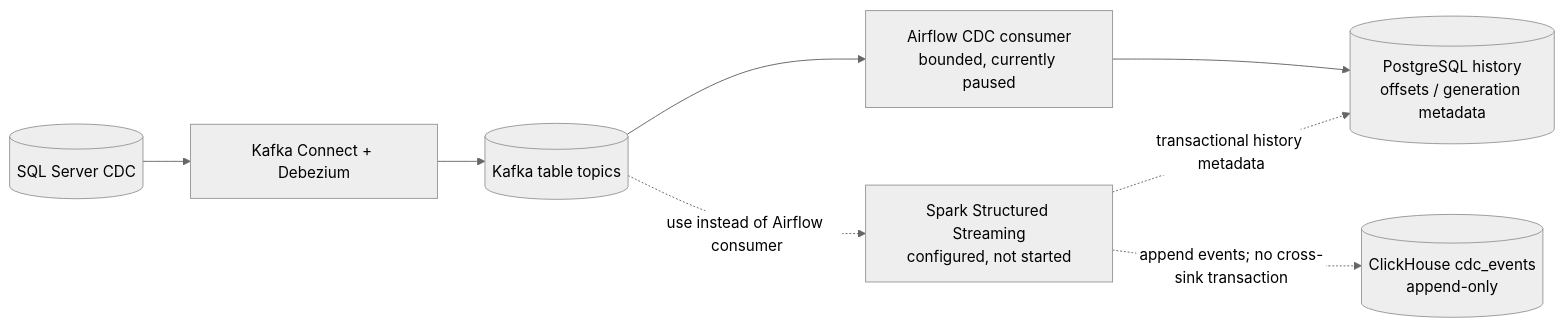
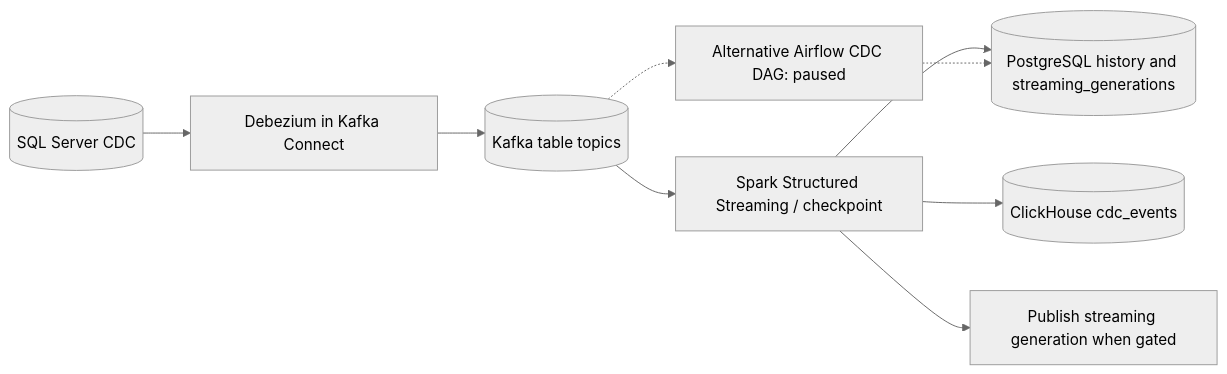
Before and after one commit to pzolfaghari72/students-data-engineering-platform: the first of 4 diagrams in docs/02-architecture/diagrams/streaming-pipeline.md, drawn with Mermaid (neutral theme). The commit also changed other lines of this file and 41 other files, not shown here.

````diff
--- a/docs/02-architecture/diagrams/streaming-pipeline.md
+++ b/docs/02-architecture/diagrams/streaming-pipeline.md
@@ -9,15 +7,11 @@
 ```mermaid
 flowchart LR
-    SQL[(SQL Server CDC)]
-    Connect["Kafka Connect + Debezium"]
-    K[("Kafka table topics")]
-    Airflow["Airflow CDC consumer<br/>bounded, currently paused"]
-    Spark["Spark Structured Streaming<br/>configured, not started"]
-    PG[("PostgreSQL history<br/>offsets / generation metadata")]
-    CH[("ClickHouse cdc_events<br/>append-only")]
-    SQL --> Connect --> K
-    K --> Airflow --> PG
-    K -. "use instead of Airflow consumer" .-> Spark
-    Spark -. "transactional history metadata" .-> PG
-    Spark -. "append events; no cross-sink transaction" .-> CH
+    SQL[(SQL Server CDC)] --> DBZ["Debezium in Kafka Connect"]
+    DBZ --> K[(Kafka table topics)]
+    K --> Spark["Spark Structured Streaming / checkpoint"]
+    Spark --> PG[(PostgreSQL history and streaming_generations)]
+    Spark --> CH[(ClickHouse cdc_events)]
+    Spark --> Marker["Publish streaming generation when gated"]
+    Airflow["Alternative Airflow CDC DAG: paused"] -.-> PG
+    K -.-> Airflow
 ```
````
